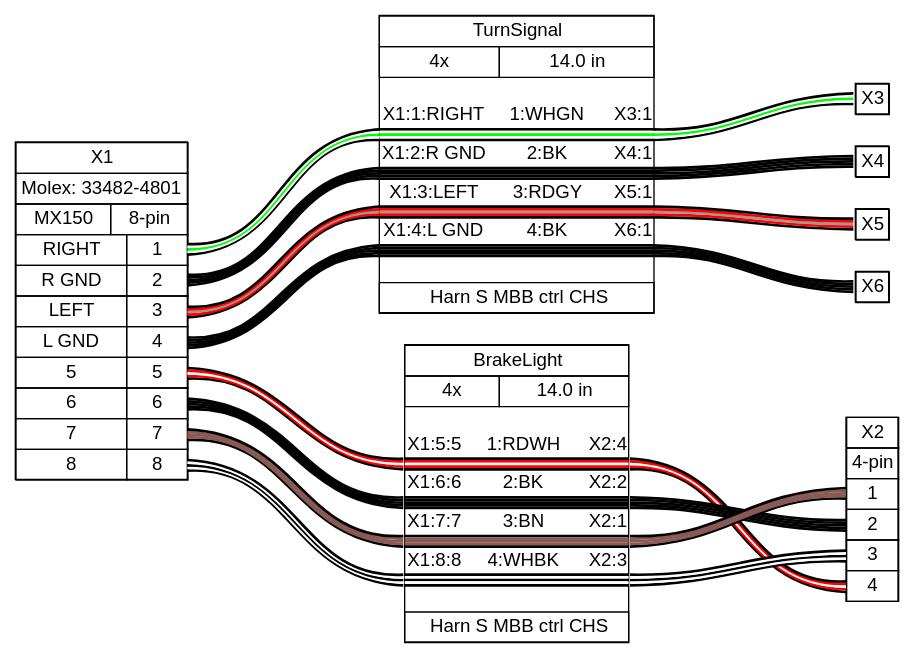
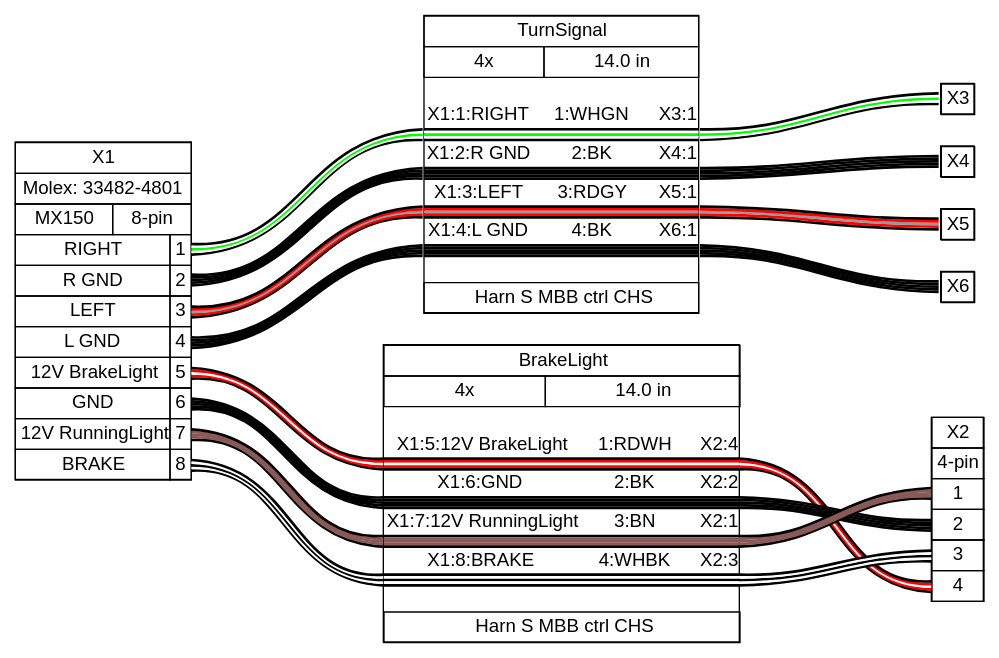
One commit to atomicdog/ZeroMotoWireharness changed the diagram in harness/rear_lights.gv. Above: the diagram before and after it, drawn with Graphviz. The commit also changed 3 other files, not shown here.

```diff
--- a/harness/rear_lights.gv
+++ b/harness/rear_lights.gv
@@ -41,19 +41,19 @@
     <td port="p4r">4</td>
    </tr>
    <tr>
-    <td>5</td>
+    <td>12V BrakeLight</td>
     <td port="p5r">5</td>
    </tr>
    <tr>
-    <td>6</td>
+    <td>GND</td>
     <td port="p6r">6</td>
    </tr>
    <tr>
-    <td>7</td>
+    <td>12V RunningLight</td>
     <td port="p7r">7</td>
    </tr>
    <tr>
-    <td>8</td>
+    <td>BRAKE</td>
     <td port="p8r">8</td>
    </tr>
   </table>
@@ -269,7 +269,7 @@
   <table border="0" cellspacing="0" cellborder="0">
    <tr><td>&nbsp;</td></tr>
    <tr>
-    <td>X1:5:5</td>
+    <td>X1:5:12V BrakeLight</td>
     <td>
      1:RDWH
     </td>
@@ -287,7 +287,7 @@
     </td>
    </tr>
    <tr>
-    <td>X1:6:6</td>
+    <td>X1:6:GND</td>
     <td>
      2:BK
     </td>
@@ -305,7 +305,7 @@
     </td>
    </tr>
    <tr>
-    <td>X1:7:7</td>
+    <td>X1:7:12V RunningLight</td>
     <td>
      3:BN
     </td>
@@ -323,7 +323,7 @@
     </td>
    </tr>
    <tr>
-    <td>X1:8:8</td>
+    <td>X1:8:BRAKE</td>
     <td>
      4:WHBK
     </td>
```
